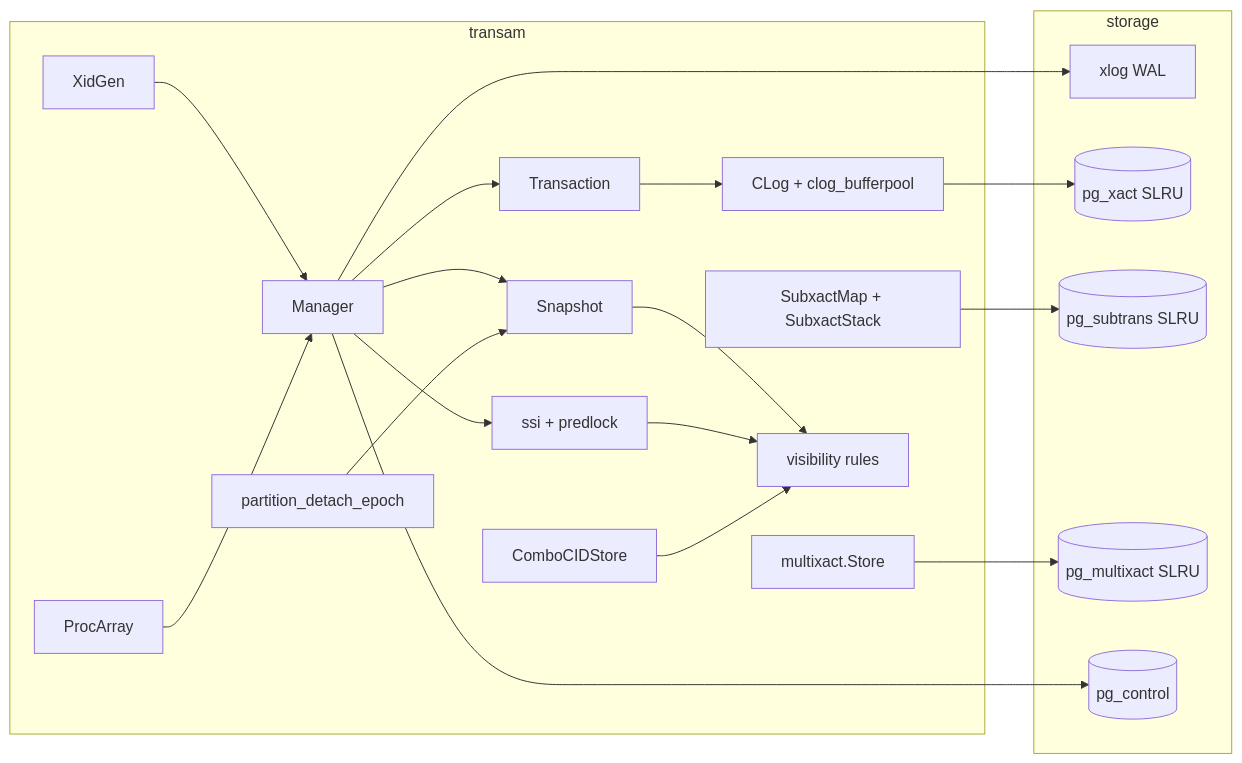
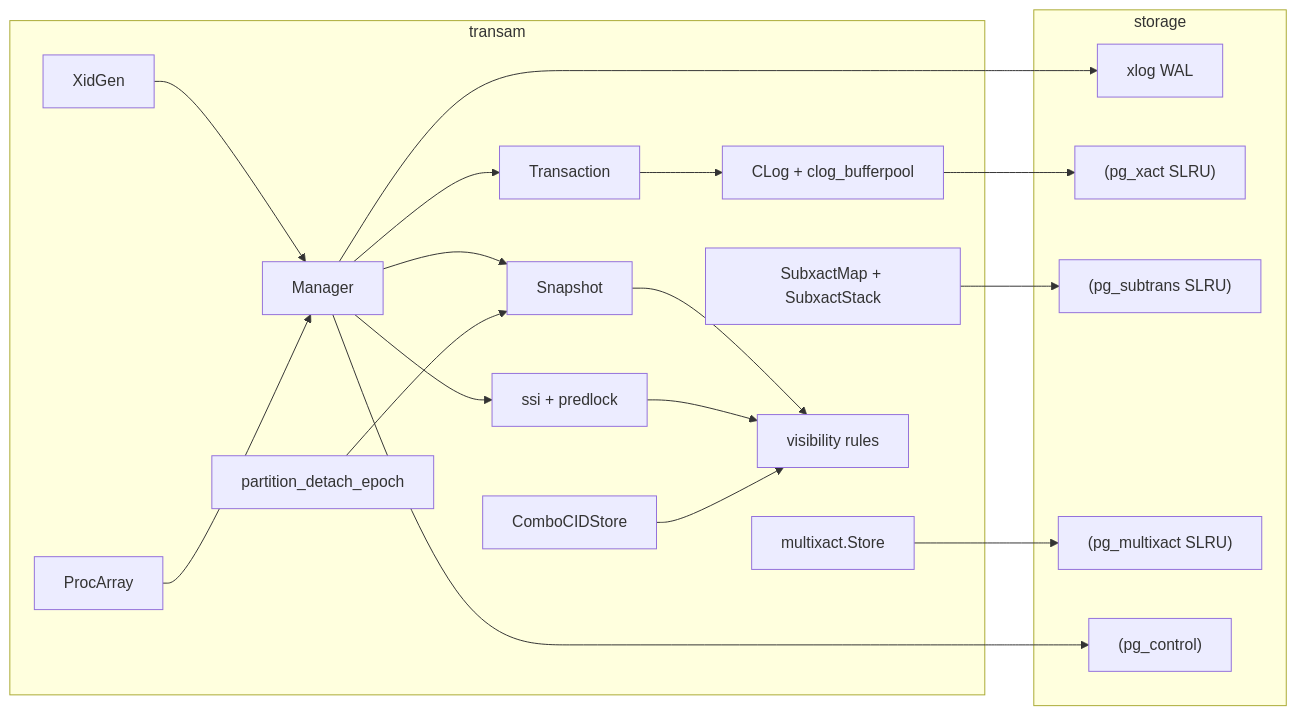
One commit to ryogrid/goopg changed the first of 5 diagrams in docs/wiki/modules/transam.md. Above: the diagram before and after it, drawn with Mermaid. The commit also changed 26 other files, not shown here.

Commit message:
docs(wiki): fix all 26 mermaid parse errors — 139/139 blocks pass real-browser validation — M-NIGHTLY

````diff
--- a/docs/wiki/modules/transam.md
+++ b/docs/wiki/modules/transam.md
@@ -15,36 +15,36 @@
 ```mermaid
 flowchart LR
     subgraph transam
         M[Manager]
         TXN[Transaction]
         SNAP[Snapshot]
         CLOG[CLog + clog_bufferpool]
         SUB[SubxactMap + SubxactStack]
         MX[multixact.Store]
         SSI[ssi + predlock]
         VIS[visibility rules]
         CID[ComboCIDStore]
         XG[XidGen]
         PA[ProcArray]
         PT[partition_detach_epoch]
     end
     subgraph storage
         XLOG[xlog WAL]
-        PGX[(pg_xact SLRU)]
-        PGS[(pg_subtrans SLRU)]
-        PGM[(pg_multixact SLRU)]
-        CTR[(pg_control)]
+        PGX["(pg_xact SLRU)"]
+        PGS["(pg_subtrans SLRU)"]
+        PGM["(pg_multixact SLRU)"]
+        CTR["(pg_control)"]
     end
     M --> TXN --> CLOG --> PGX
     M --> SNAP --> VIS
     SUB --> PGS
     MX --> PGM
     SSI --> VIS
     CID --> VIS
     M --> XLOG
     M --> SSI
     M --> CTR
     XG --> M
     PA --> M
     PT --> SNAP
 ```
````
